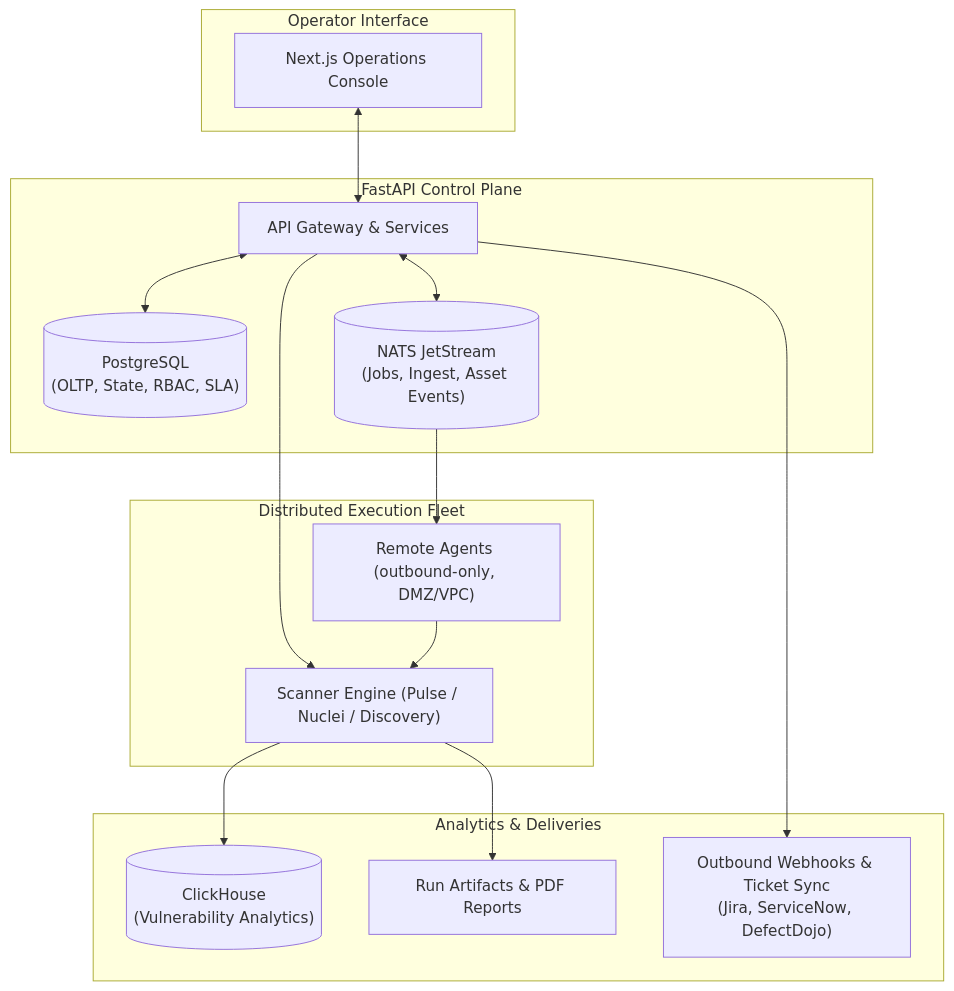
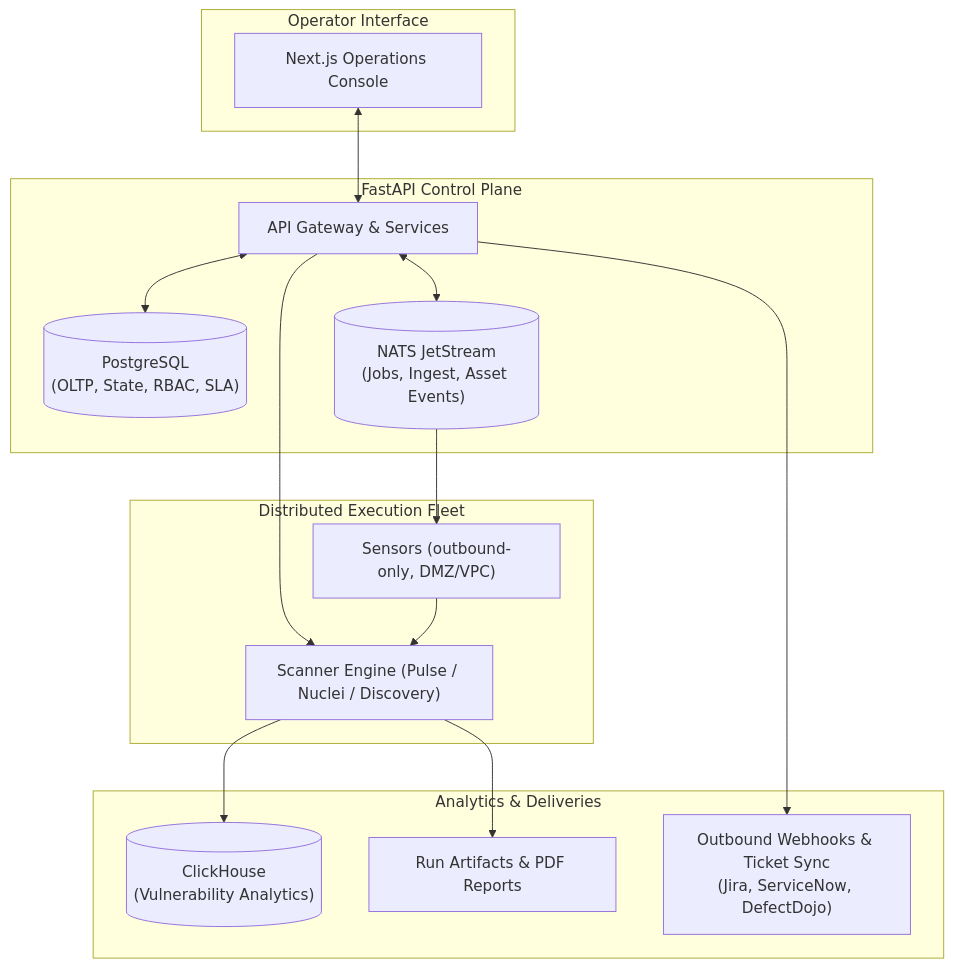
The second of 2 diagrams in README.md (onixus/Shapoclyack), drawn with Mermaid before and after one commit. The commit also changed other lines of this file and 31 other files, not shown here.

````diff
--- a/README.md
+++ b/README.md
@@ -134,33 +134,33 @@
 ```mermaid
 flowchart TD
     subgraph UI ["Operator Interface"]
         W["Next.js Operations Console"]
     end
 
     subgraph ControlPlane ["FastAPI Control Plane"]
         A["API Gateway & Services"]
         P[("PostgreSQL\n(OLTP, State, RBAC, SLA)")]
         N[("NATS JetStream\n(Jobs, Ingest, Asset Events)")]
     end
 
     subgraph Workers ["Distributed Execution Fleet"]
-        G["Remote Agents (outbound-only, DMZ/VPC)"]
+        G["Sensors (outbound-only, DMZ/VPC)"]
         S["Scanner Engine (Pulse / Nuclei / Discovery)"]
     end
 
     subgraph Storage ["Analytics & Deliveries"]
         C[("ClickHouse\n(Vulnerability Analytics)")]
         R["Run Artifacts & PDF Reports"]
         F["Outbound Webhooks & Ticket Sync\n(Jira, ServiceNow, DefectDojo)"]
     end
 
     W <--> A
     A <--> P
     A <--> N
     N --> G
     A --> S
     G --> S
     S --> R
     S --> C
     A --> F
 ```
````
